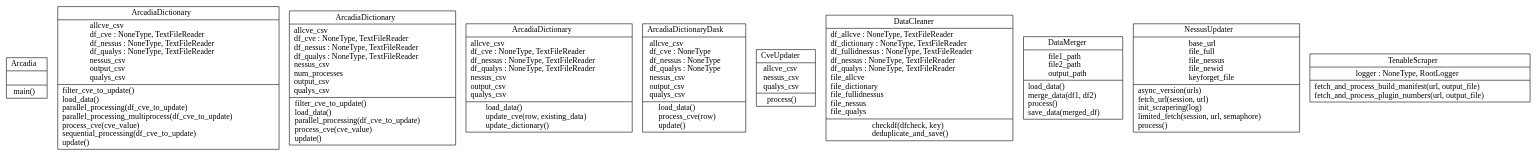
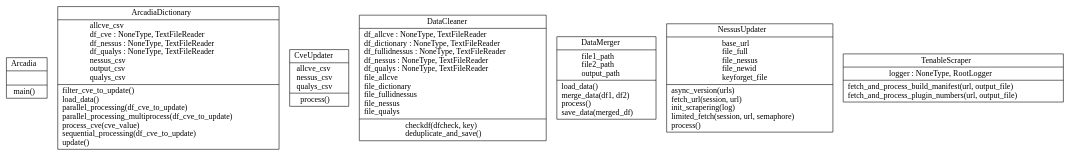
Before and after one commit to ZeMatt90/QID-NessusID-OtherID: the diagram in Doc/classes_ArcadiaBE.dot, drawn with Graphviz. The commit also changed 15 other files, not shown here.

```diff
--- a/Doc/classes_ArcadiaBE.dot
+++ b/Doc/classes_ArcadiaBE.dot
@@ -1,14 +1,11 @@
 digraph "classes_ArcadiaBE" {
 rankdir=BT
 charset="utf-8"
 "BE.arcadia_main.Arcadia" [color="black", fontcolor="black", label=<{Arcadia|<br ALIGN="LEFT"/>|main()<br ALIGN="LEFT"/>}>, shape="record", style="solid"];
 "BE.arcadia_dictionary.ArcadiaDictionary" [color="black", fontcolor="black", label=<{ArcadiaDictionary|allcve_csv<br ALIGN="LEFT"/>df_cve : NoneType, TextFileReader<br ALIGN="LEFT"/>df_nessus : NoneType, TextFileReader<br ALIGN="LEFT"/>df_qualys : NoneType, TextFileReader<br ALIGN="LEFT"/>nessus_csv<br ALIGN="LEFT"/>output_csv<br ALIGN="LEFT"/>qualys_csv<br ALIGN="LEFT"/>|filter_cve_to_update()<br ALIGN="LEFT"/>load_data()<br ALIGN="LEFT"/>parallel_processing(df_cve_to_update)<br ALIGN="LEFT"/>parallel_processing_multiprocess(df_cve_to_update)<br ALIGN="LEFT"/>process_cve(cve_value)<br ALIGN="LEFT"/>sequential_processing(df_cve_to_update)<br ALIGN="LEFT"/>update()<br ALIGN="LEFT"/>}>, shape="record", style="solid"];
-"BE.arcadia_dictionary1.ArcadiaDictionary" [color="black", fontcolor="black", label=<{ArcadiaDictionary|allcve_csv<br ALIGN="LEFT"/>df_cve : NoneType, TextFileReader<br ALIGN="LEFT"/>df_nessus : NoneType, TextFileReader<br ALIGN="LEFT"/>df_qualys : NoneType, TextFileReader<br ALIGN="LEFT"/>nessus_csv<br ALIGN="LEFT"/>num_processes<br ALIGN="LEFT"/>output_csv<br ALIGN="LEFT"/>qualys_csv<br ALIGN="LEFT"/>|filter_cve_to_update()<br ALIGN="LEFT"/>load_data()<br ALIGN="LEFT"/>parallel_processing(df_cve_to_update)<br ALIGN="LEFT"/>process_cve(cve_value)<br ALIGN="LEFT"/>update()<br ALIGN="LEFT"/>}>, shape="record", style="solid"];
-"BE.arcadia_dictionaryN.ArcadiaDictionary" [color="black", fontcolor="black", label=<{ArcadiaDictionary|allcve_csv<br ALIGN="LEFT"/>df_cve : NoneType, TextFileReader<br ALIGN="LEFT"/>df_nessus : NoneType, TextFileReader<br ALIGN="LEFT"/>df_qualys : NoneType, TextFileReader<br ALIGN="LEFT"/>nessus_csv<br ALIGN="LEFT"/>output_csv<br ALIGN="LEFT"/>qualys_csv<br ALIGN="LEFT"/>|load_data()<br ALIGN="LEFT"/>update_cve(row, existing_data)<br ALIGN="LEFT"/>update_dictionary()<br ALIGN="LEFT"/>}>, shape="record", style="solid"];
-"BE.arcadia_dictionary2.ArcadiaDictionaryDask" [color="black", fontcolor="black", label=<{ArcadiaDictionaryDask|allcve_csv<br ALIGN="LEFT"/>df_cve : NoneType<br ALIGN="LEFT"/>df_nessus : NoneType<br ALIGN="LEFT"/>df_qualys : NoneType<br ALIGN="LEFT"/>nessus_csv<br ALIGN="LEFT"/>output_csv<br ALIGN="LEFT"/>qualys_csv<br ALIGN="LEFT"/>|load_data()<br ALIGN="LEFT"/>process_cve(row)<br ALIGN="LEFT"/>update()<br ALIGN="LEFT"/>}>, shape="record", style="solid"];
 "BE.cve_updater.CveUpdater" [color="black", fontcolor="black", label=<{CveUpdater|allcve_csv<br ALIGN="LEFT"/>nessus_csv<br ALIGN="LEFT"/>qualys_csv<br ALIGN="LEFT"/>|process()<br ALIGN="LEFT"/>}>, shape="record", style="solid"];
 "BE.data_cleaner.DataCleaner" [color="black", fontcolor="black", label=<{DataCleaner|df_allcve : NoneType, TextFileReader<br ALIGN="LEFT"/>df_dictionary : NoneType, TextFileReader<br ALIGN="LEFT"/>df_fullidnessus : NoneType, TextFileReader<br ALIGN="LEFT"/>df_nessus : NoneType, TextFileReader<br ALIGN="LEFT"/>df_qualys : NoneType, TextFileReader<br ALIGN="LEFT"/>file_allcve<br ALIGN="LEFT"/>file_dictionary<br ALIGN="LEFT"/>file_fullidnessus<br ALIGN="LEFT"/>file_nessus<br ALIGN="LEFT"/>file_qualys<br ALIGN="LEFT"/>|checkdf(dfcheck, key)<br ALIGN="LEFT"/>deduplicate_and_save()<br ALIGN="LEFT"/>}>, shape="record", style="solid"];
 "BE.merge2csv.DataMerger" [color="black", fontcolor="black", label=<{DataMerger|file1_path<br ALIGN="LEFT"/>file2_path<br ALIGN="LEFT"/>output_path<br ALIGN="LEFT"/>|load_data()<br ALIGN="LEFT"/>merge_data(df1, df2)<br ALIGN="LEFT"/>process()<br ALIGN="LEFT"/>save_data(merged_df)<br ALIGN="LEFT"/>}>, shape="record", style="solid"];
 "BE.plugin.nessus.update.NessusUpdater" [color="black", fontcolor="black", label=<{NessusUpdater|base_url<br ALIGN="LEFT"/>file_full<br ALIGN="LEFT"/>file_nessus<br ALIGN="LEFT"/>file_newid<br ALIGN="LEFT"/>keyforget_file<br ALIGN="LEFT"/>|async_version(urls)<br ALIGN="LEFT"/>fetch_url(session, url)<br ALIGN="LEFT"/>init_scrapering(log)<br ALIGN="LEFT"/>limited_fetch(session, url, semaphore)<br ALIGN="LEFT"/>process()<br ALIGN="LEFT"/>}>, shape="record", style="solid"];
 "BE.plugin.nessus.tenable_scraper.TenableScraper" [color="black", fontcolor="black", label=<{TenableScraper|logger : NoneType, RootLogger<br ALIGN="LEFT"/>|fetch_and_process_build_manifest(url, output_file)<br ALIGN="LEFT"/>fetch_and_process_plugin_numbers(url, output_file)<br ALIGN="LEFT"/>}>, shape="record", style="solid"];
 }
```
